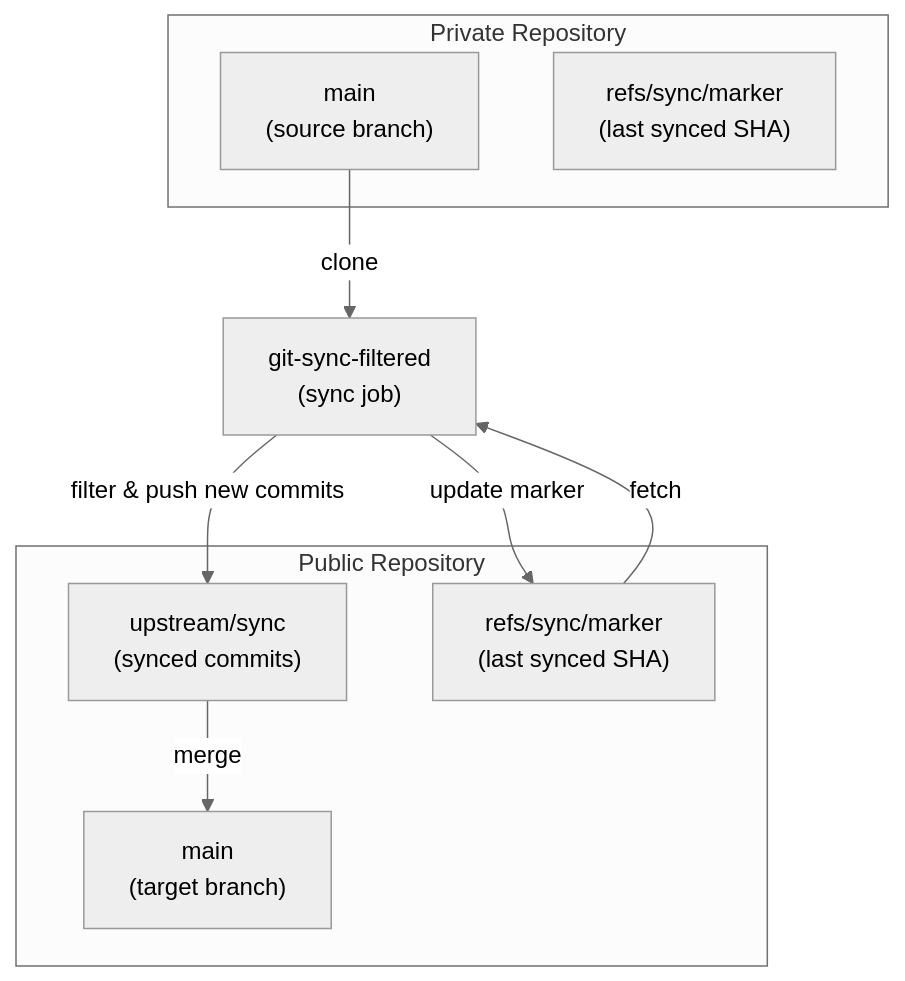
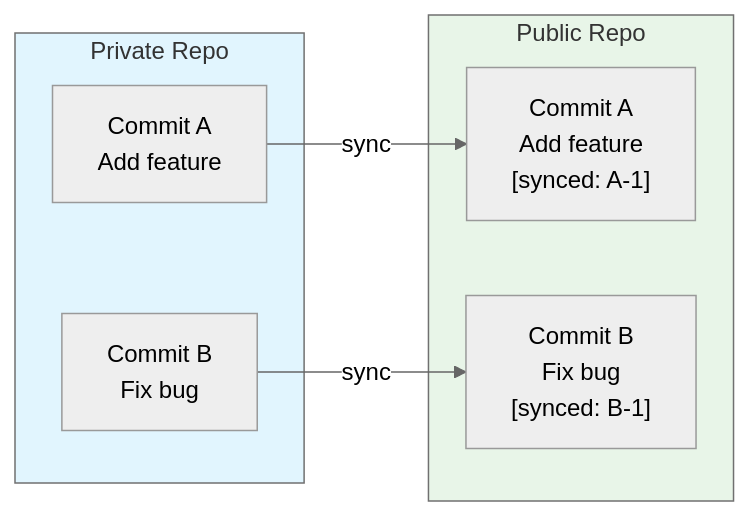
Before and after one commit to Merge-42/git-sync-filtered: the first of 2 diagrams in docs/IDEMPOTENCY_REMEDIATION.md, drawn with Mermaid (neutral theme). The commit also changed other lines of this file, not shown here.

````diff
--- a/docs/IDEMPOTENCY_REMEDIATION.md
+++ b/docs/IDEMPOTENCY_REMEDIATION.md
@@ -77,22 +89,18 @@
 ```mermaid
-flowchart TB
-    subgraph Private["Private Repository"]
-        PMain["main<br/>(source branch)"]
-        PMarker["refs/sync/marker<br/>(last synced SHA)"]
+flowchart LR
+    subgraph Private["Private Repo"]
+        PC1["Commit A<br/>Add feature"]
+        PC2["Commit B<br/>Fix bug"]
     end
 
-    subgraph Public["Public Repository"]
-        PubMain["main<br/>(target branch)"]
-        PubSync["upstream/sync<br/>(synced commits)"]
-        PubMarker["refs/sync/marker<br/>(last synced SHA)"]
+    subgraph Public["Public Repo"]
+        Pub1["Commit A<br/>Add feature<br/>[synced: A-1]"]
+        Pub2["Commit B<br/>Fix bug<br/>[synced: B-1]"]
     end
 
-    Sync["git-sync-filtered<br/>(sync job)"]
+    PC1 -->|sync| Pub1
+    PC2 -->|sync| Pub2
 
-    PMain -->|clone| Sync
-    PubMarker -->|fetch| Sync
-    Sync -->|filter & push new commits| PubSync
-    Sync -->|update marker| PubMarker
-
-    PubSync -->|merge| PubMain
+    style Private fill:#e1f5fe
+    style Public fill:#e8f5e8
 ```
````
